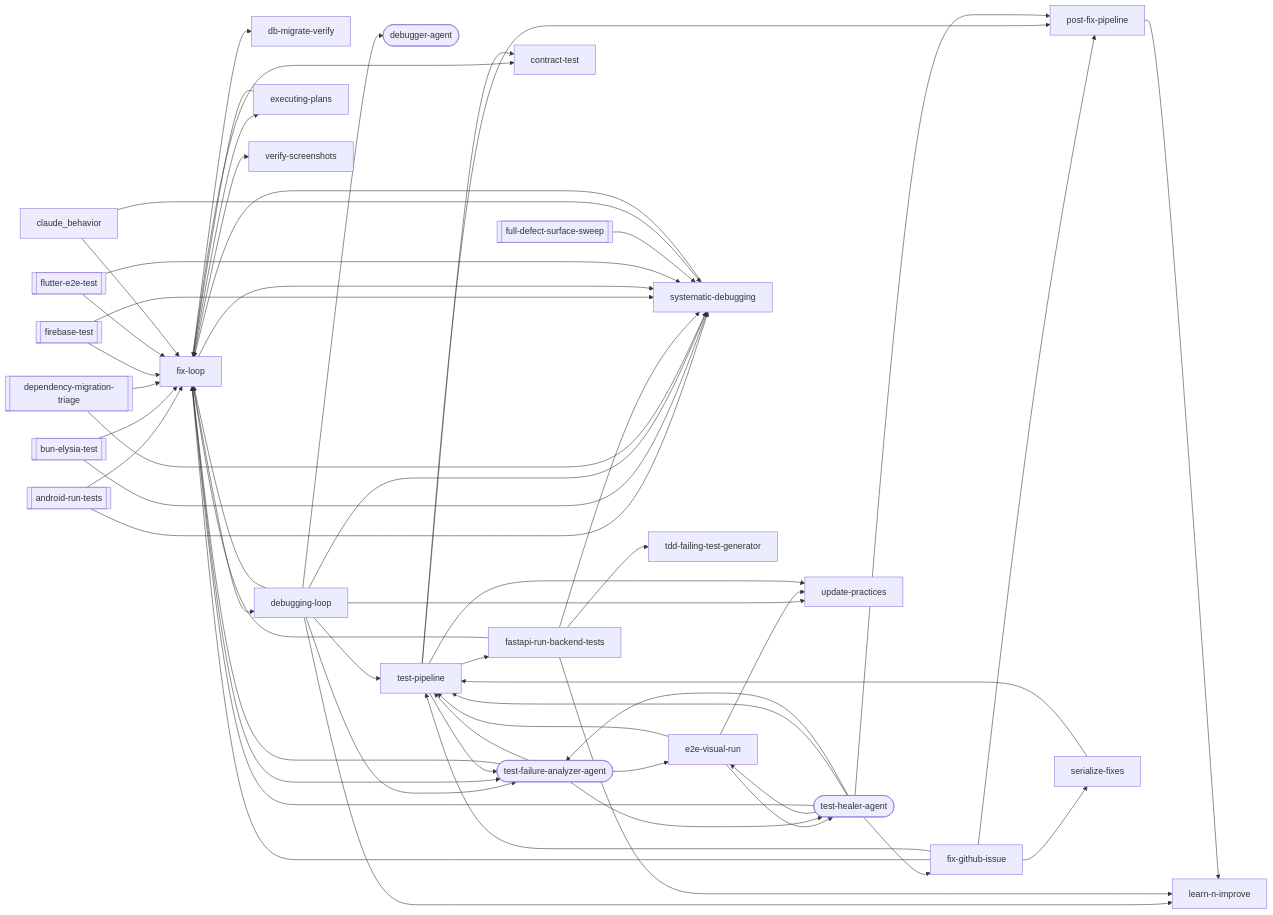
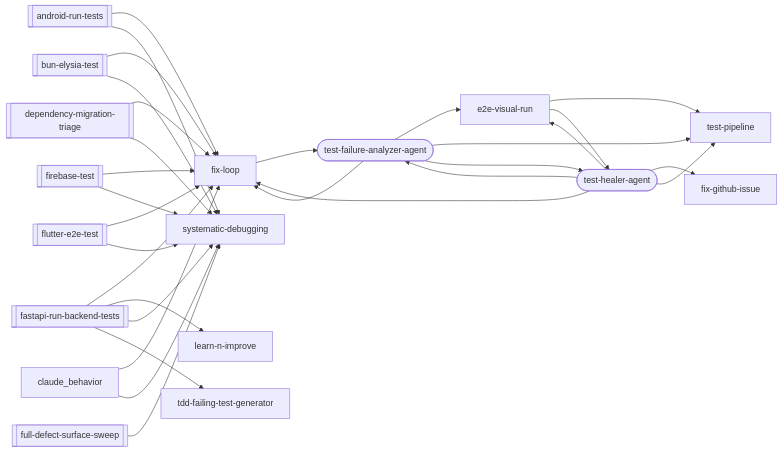
Before and after one commit to abhayla/claude-best-practices: the fourth of 15 diagrams in docs/workflows/debugging-loop.md, drawn with Mermaid. The commit also changed other lines of this file and 64 other files, not shown here.

```diff
--- a/docs/workflows/debugging-loop.md
+++ b/docs/workflows/debugging-loop.md
@@ -717,73 +589,37 @@
     android_run_tests[["android-run-tests"]]
     bun_elysia_test[["bun-elysia-test"]]
     dependency_migration_triage[["dependency-migration-triage"]]
+    fastapi_run_backend_tests[["fastapi-run-backend-tests"]]
     firebase_test[["firebase-test"]]
     flutter_e2e_test[["flutter-e2e-test"]]
     full_defect_surface_sweep[["full-defect-surface-sweep"]]
-    contract_test["contract-test"]
-    db_migrate_verify["db-migrate-verify"]
-    debugger_agent(["debugger-agent"])
-    debugging_loop["debugging-loop"]
     e2e_visual_run["e2e-visual-run"]
-    executing_plans["executing-plans"]
-    fastapi_run_backend_tests["fastapi-run-backend-tests"]
     fix_github_issue["fix-github-issue"]
     fix_loop["fix-loop"]
     learn_n_improve["learn-n-improve"]
-    post_fix_pipeline["post-fix-pipeline"]
-    serialize_fixes["serialize-fixes"]
     systematic_debugging["systematic-debugging"]
     tdd_failing_test_generator["tdd-failing-test-generator"]
     test_failure_analyzer_agent(["test-failure-analyzer-agent"])
     test_healer_agent(["test-healer-agent"])
     test_pipeline["test-pipeline"]
-    update_practices["update-practices"]
-    verify_screenshots["verify-screenshots"]
     android_run_tests --> fix_loop
     android_run_tests --> systematic_debugging
     bun_elysia_test --> fix_loop
     bun_elysia_test --> systematic_debugging
-    debugging_loop --> fix_loop
-    debugging_loop --> learn_n_improve
-    debugging_loop --> systematic_debugging
-    debugging_loop --> test_pipeline
-    debugging_loop --> update_practices
-    debugging_loop --> debugger_agent
-    debugging_loop --> test_failure_analyzer_agent
     dependency_migration_triage --> fix_loop
     dependency_migration_triage --> systematic_debugging
     e2e_visual_run --> test_pipeline
-    e2e_visual_run --> update_practices
     e2e_visual_run --> test_healer_agent
-    executing_plans --> fix_loop
     fastapi_run_backend_tests --> fix_loop
     fastapi_run_backend_tests --> learn_n_improve
     fastapi_run_backend_tests --> systematic_debugging
     fastapi_run_backend_tests --> tdd_failing_test_generator
     firebase_test --> fix_loop
     firebase_test --> systematic_debugging
-    fix_github_issue --> fix_loop
-    fix_github_issue --> post_fix_pipeline
-    fix_github_issue --> serialize_fixes
-    fix_github_issue --> test_pipeline
-    fix_loop --> contract_test
-    fix_loop --> db_migrate_verify
-    fix_loop --> debugging_loop
-    fix_loop --> executing_plans
-    fix_loop --> systematic_debugging
-    fix_loop --> verify_screenshots
     fix_loop --> test_failure_analyzer_agent
     flutter_e2e_test --> fix_loop
     flutter_e2e_test --> systematic_debugging
     full_defect_surface_sweep --> systematic_debugging
-    post_fix_pipeline --> learn_n_improve
-    serialize_fixes --> test_pipeline
-    systematic_debugging --> fix_loop
-    test_pipeline --> contract_test
-    test_pipeline --> fastapi_run_backend_tests
-    test_pipeline --> post_fix_pipeline
-    test_pipeline --> update_practices
-    test_pipeline --> test_failure_analyzer_agent
     test_failure_analyzer_agent --> e2e_visual_run
     test_failure_analyzer_agent --> fix_loop
     test_failure_analyzer_agent --> test_pipeline
@@ -791,7 +627,6 @@
     test_healer_agent --> e2e_visual_run
     test_healer_agent --> fix_github_issue
     test_healer_agent --> fix_loop
-    test_healer_agent --> post_fix_pipeline
     test_healer_agent --> test_pipeline
     test_healer_agent --> test_failure_analyzer_agent
     claude_behavior --> fix_loop
```
